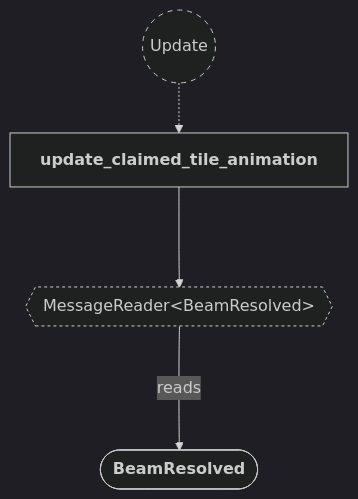
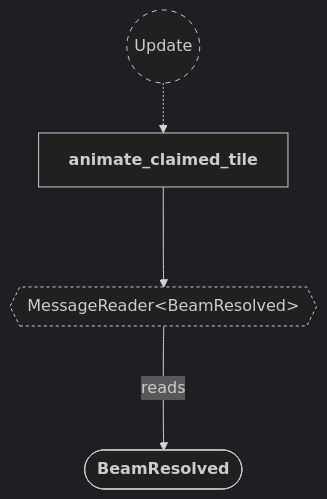
Before and after one commit to neurosoup/tyled: the second of 24 diagrams in backlog/docs/doc-5 - 004-Animations-plugin.md, drawn with Mermaid. The commit also changed other lines of this file and 4 other files, not shown here.

````diff
--- a/backlog/docs/doc-5 - 004-Animations-plugin.md
+++ b/backlog/docs/doc-5 - 004-Animations-plugin.md
@@ -129,22 +129,22 @@
 ```mermaid
 ---
 config:
   theme: dark
 ---
 
 flowchart TD
 classDef system-group stroke-dasharray: 5 5
 classDef reader stroke-dasharray: 3 3
 
 update(("`Update`")):::system-group
-update_claimed_tile_animation["`**update_claimed_tile_animation**`"]
+animate_claimed_tile["`**animate_claimed_tile**`"]
 
-update -.-> update_claimed_tile_animation
+update -.-> animate_claimed_tile
 
 message_reader{{"MessageReader#60;BeamResolved#62;"}}:::reader
-update_claimed_tile_animation ---> message_reader
+animate_claimed_tile ---> message_reader
 
 beam_resolved_message(["`**BeamResolved**`"])
 
 message_reader ---> |reads| beam_resolved_message
 ```
````
